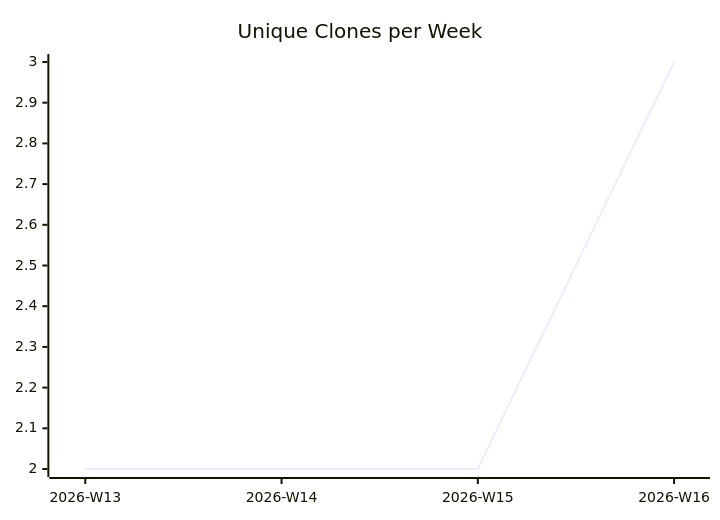
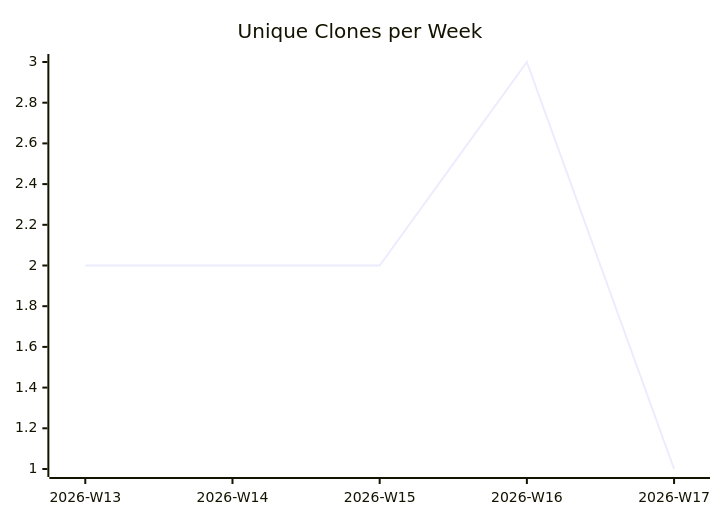
Before and after one commit to justdavis-family/github-analytics-data: the third of 3 diagrams in karlmdavis/bbonfhir-dev-infra-docker/README.md, drawn with Mermaid. The commit also changed other lines of this file and 192 other files, not shown here.

````diff
--- a/karlmdavis/bbonfhir-dev-infra-docker/README.md
+++ b/karlmdavis/bbonfhir-dev-infra-docker/README.md
@@ -19,6 +19,6 @@
 ```mermaid
 xychart-beta
   title "Unique Clones per Week"
-  x-axis ["2026-W13", "2026-W14", "2026-W15", "2026-W16"]
-  line [2, 2, 2, 3]
+  x-axis ["2026-W13", "2026-W14", "2026-W15", "2026-W16", "2026-W17"]
+  line [2, 2, 2, 3, 1]
 ```
````
